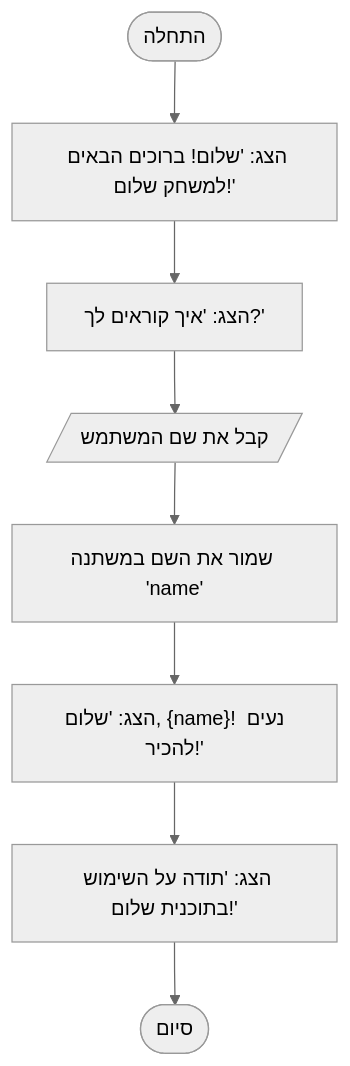
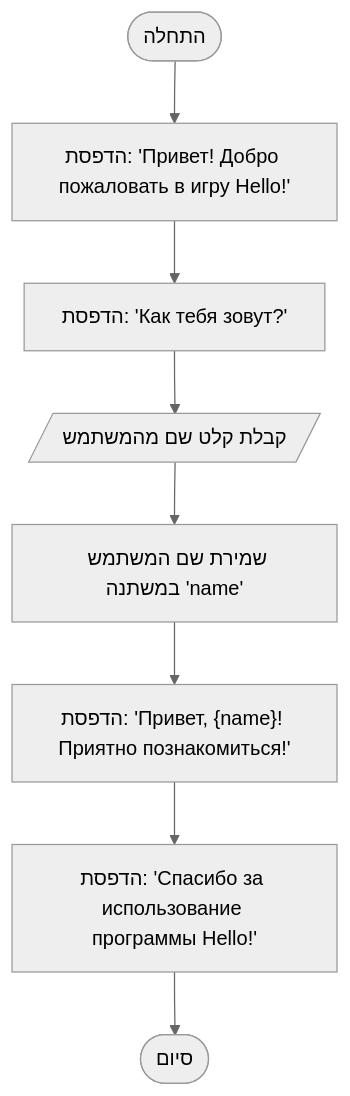
The diagram in docs/gemini/he/explainer/src/endpoints/ai_games/101_basic_computer_games/ru/GAMES/HELLO/README.MD.md (hypo69/hypo), drawn with Mermaid (neutral theme) before and after one commit. The commit also changed other lines of this file and 885 other files, not shown here.

````diff
--- a/docs/gemini/he/explainer/src/endpoints/ai_games/101_basic_computer_games/ru/GAMES/HELLO/README.MD.md
+++ b/docs/gemini/he/explainer/src/endpoints/ai_games/101_basic_computer_games/ru/GAMES/HELLO/README.MD.md
@@ -23,10 +23,10 @@
 ```mermaid
 flowchart TD
-    Start([התחלה]) --> DisplayWelcome["הצג: 'שלום! ברוכים הבאים למשחק שלום!'"]
-    DisplayWelcome --> AskName["הצג: 'איך קוראים לך?'"]
-    AskName --> GetUserName[/"קבל את שם המשתמש"/]
-    GetUserName --> StoreName["שמור את השם במשתנה 'name'"]
-    StoreName --> DisplayGreeting["הצג: 'שלום, {name}! נעים להכיר!'"]
-    DisplayGreeting --> DisplayThanks["הצג: 'תודה על השימוש בתוכנית שלום!'"]
+    Start([התחלה]) --> DisplayWelcome["הדפסת: 'Привет! Добро пожаловать в игру Hello!'"]
+    DisplayWelcome --> AskName["הדפסת: 'Как тебя зовут?'"]
+    AskName --> GetUserName[/"קבלת קלט שם מהמשתמש"/]
+    GetUserName --> StoreName["שמירת שם המשתמש במשתנה 'name'"]
+    StoreName --> DisplayGreeting["הדפסת: 'Привет, {name}! Приятно познакомиться!'"]
+    DisplayGreeting --> DisplayThanks["הדפסת: 'Спасибо за использование программы Hello!'"]
     DisplayThanks --> End([סיום])
 ```
````
